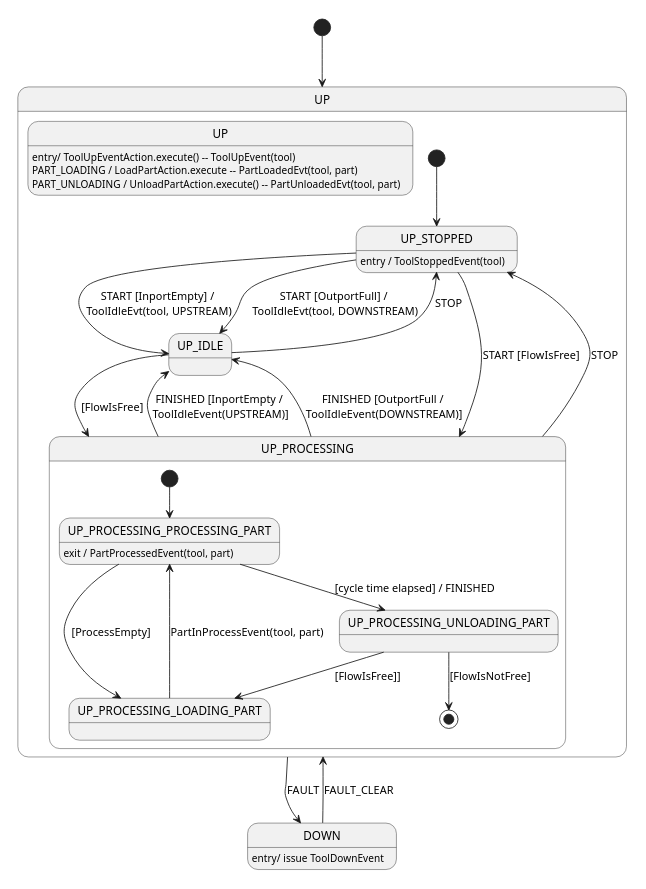
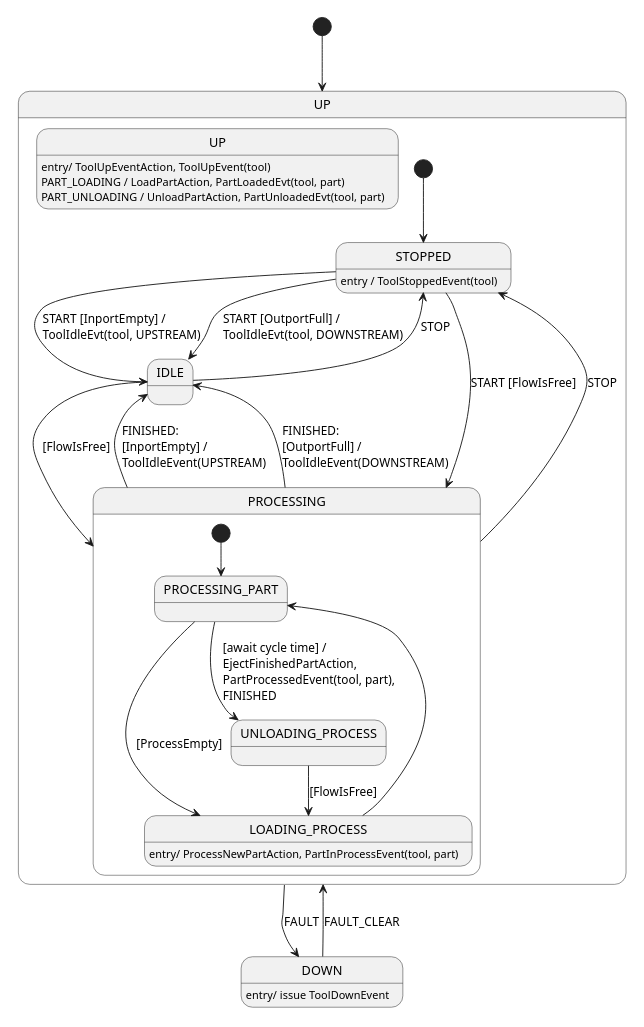
The diagram in doc/domain/tool-3.state.puml (onouv/mes-tool-mock-srv), drawn with PlantUML before and after one commit. The commit also changed 28 other files, not shown here.

```diff
--- a/doc/domain/tool-3.state.puml
+++ b/doc/domain/tool-3.state.puml
@@ -1,47 +1,47 @@
 @startuml
 'https://plantuml.com/state-diagram
-
+skinparam defaultTextAlignment left
 scale 350 width
 
 [*] --> UP
 state DOWN : entry/ issue ToolDownEvent
 
 state UP {
-    state UP: entry/ ToolUpEventAction.execute() -- ToolUpEvent(tool)
-    state UP: PART_LOADING / LoadPartAction.execute -- PartLoadedEvt(tool, part)
-    state UP: PART_UNLOADING / UnloadPartAction.execute() -- PartUnloadedEvt(tool, part)
+    state UP: entry/ ToolUpEventAction, ToolUpEvent(tool)
+    state UP: PART_LOADING / LoadPartAction, PartLoadedEvt(tool, part)
+    state UP: PART_UNLOADING / UnloadPartAction, PartUnloadedEvt(tool, part)
 
-    state UP_STOPPED
-    UP_STOPPED: entry / ToolStoppedEvent(tool)
-    state UP_IDLE
-    state UP_PROCESSING {
-        state UP_PROCESSING_PROCESSING_PART
-        state UP_PROCESSING_LOADING_PART
-        state UP_PROCESSING_UNLOADING_PART
+    state STOPPED
+    STOPPED: entry / ToolStoppedEvent(tool)
+    state IDLE
+    state PROCESSING {
+        state PROCESSING_PART
+        state LOADING_PROCESS
+        state LOADING_PROCESS: entry/ ProcessNewPartAction, PartInProcessEvent(tool, part)
 
-        UP_PROCESSING_PROCESSING_PART: exit / PartProcessedEvent(tool, part)
+        state UNLOADING_PROCESS
 
-        [*] --> UP_PROCESSING_PROCESSING_PART
-        UP_PROCESSING_PROCESSING_PART --> UP_PROCESSING_LOADING_PART: [ProcessEmpty]
-        UP_PROCESSING_LOADING_PART --> UP_PROCESSING_PROCESSING_PART: PartInProcessEvent(tool, part)
+        [*] --> PROCESSING_PART
+        PROCESSING_PART --> LOADING_PROCESS: [ProcessEmpty]
+        LOADING_PROCESS --> PROCESSING_PART
 
-        UP_PROCESSING_PROCESSING_PART --> UP_PROCESSING_UNLOADING_PART: [cycle time elapsed] / FINISHED
-        UP_PROCESSING_UNLOADING_PART --> UP_PROCESSING_LOADING_PART: [FlowIsFree]]
-        UP_PROCESSING_UNLOADING_PART --> [*]: [FlowIsNotFree]
+        PROCESSING_PART --> UNLOADING_PROCESS: [await cycle time] / \nEjectFinishedPartAction, \nPartProcessedEvent(tool, part), \nFINISHED
+        UNLOADING_PROCESS --> LOADING_PROCESS: [FlowIsFree]
+
     }
 
-    [*] --> UP_STOPPED
-    UP_STOPPED --> UP_PROCESSING: START [FlowIsFree]
-    UP_STOPPED --> UP_IDLE: START [InportEmpty] / \nToolIdleEvt(tool, UPSTREAM)
-    UP_STOPPED --> UP_IDLE: START [OutportFull] / \nToolIdleEvt(tool, DOWNSTREAM)
-    UP_PROCESSING --> UP_STOPPED: STOP
-    UP_PROCESSING --> UP_IDLE: FINISHED [InportEmpty / \nToolIdleEvent(UPSTREAM)]
-    UP_PROCESSING --> UP_IDLE: FINISHED [OutportFull / \nToolIdleEvent(DOWNSTREAM)]
+    [*] --> STOPPED
+    STOPPED --> PROCESSING: START [FlowIsFree]
+    STOPPED --> IDLE: START [InportEmpty] / \nToolIdleEvt(tool, UPSTREAM)
+    STOPPED --> IDLE: START [OutportFull] / \nToolIdleEvt(tool, DOWNSTREAM)
+    PROCESSING --> STOPPED: STOP
+    PROCESSING --> IDLE: FINISHED: \n[InportEmpty] / \nToolIdleEvent(UPSTREAM)
+    PROCESSING --> IDLE: FINISHED: \n[OutportFull] / \nToolIdleEvent(DOWNSTREAM)
 
-    UP_IDLE --> UP_PROCESSING: [FlowIsFree]
-    UP_IDLE --> UP_STOPPED: STOP
+    IDLE --> PROCESSING: [FlowIsFree]
+    IDLE --> STOPPED: STOP
 }
 
 UP --> DOWN: FAULT
 DOWN --> UP: FAULT_CLEAR
 @enduml
```
